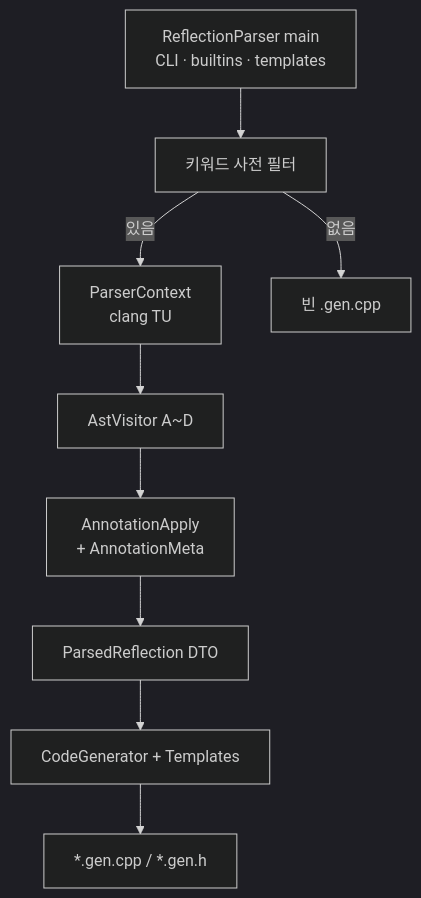
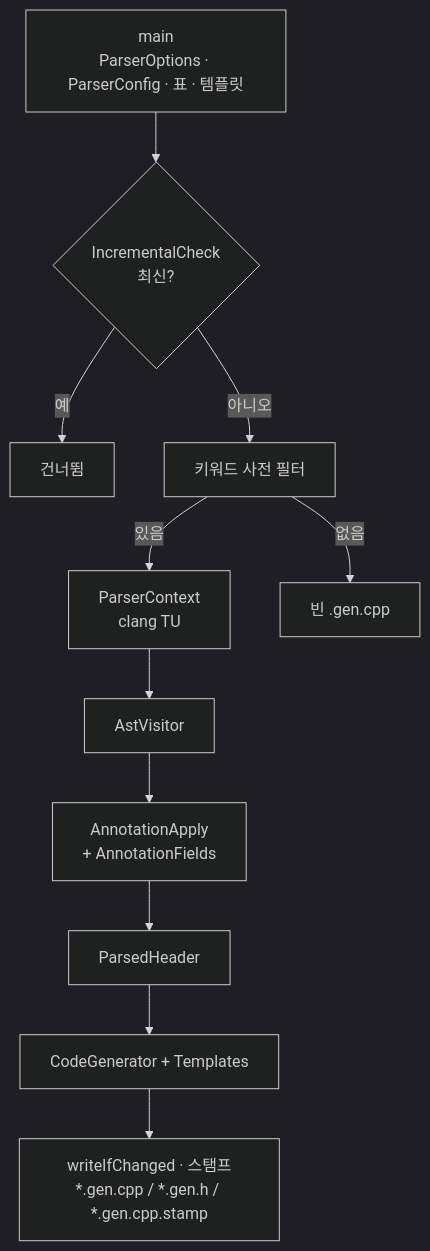
Before and after one commit to sswgame/LearningTemplate: the second of 2 diagrams in Tools/ReflectionParser/README.md, drawn with Mermaid (dark theme). The commit also changed other lines of this file and 22 other files, not shown here.

First line of the commit message:
ReflectionParser 파이프라인 - CLI 는 표 한 줄씩, 설정 전역은 세션으로, CodeGenerator 는 DTO → 텍스트만, 최신 판정은 스탬프로(파서를 고친 뒤 매 실행 전부 다시 파싱하던 것)

````diff
--- a/Tools/ReflectionParser/README.md
+++ b/Tools/ReflectionParser/README.md
@@ -84,11 +93,13 @@
 ```mermaid
 flowchart TD
-  CLI["ReflectionParser main<br/>CLI · builtins · templates"] --> Scan[키워드 사전 필터]
+  CLI["main<br/>ParserOptions · ParserConfig · 표 · 템플릿"] --> Fresh{IncrementalCheck<br/>최신?}
+  Fresh -->|예| Skip[건너뜀]
+  Fresh -->|아니오| Scan[키워드 사전 필터]
   Scan -->|있음| Clang[ParserContext<br/>clang TU]
   Scan -->|없음| Empty[빈 .gen.cpp]
-  Clang --> Visit[AstVisitor A~D]
-  Visit --> Apply[AnnotationApply<br/>+ AnnotationMeta]
-  Apply --> DTO[ParsedReflection DTO]
+  Clang --> Visit[AstVisitor]
+  Visit --> Apply[AnnotationApply<br/>+ AnnotationFields]
+  Apply --> DTO[ParsedHeader]
   DTO --> Emit[CodeGenerator + Templates]
-  Emit --> Out["*.gen.cpp / *.gen.h"]
+  Emit --> Write["writeIfChanged · 스탬프<br/>*.gen.cpp / *.gen.h / *.gen.cpp.stamp"]
 ```
````
